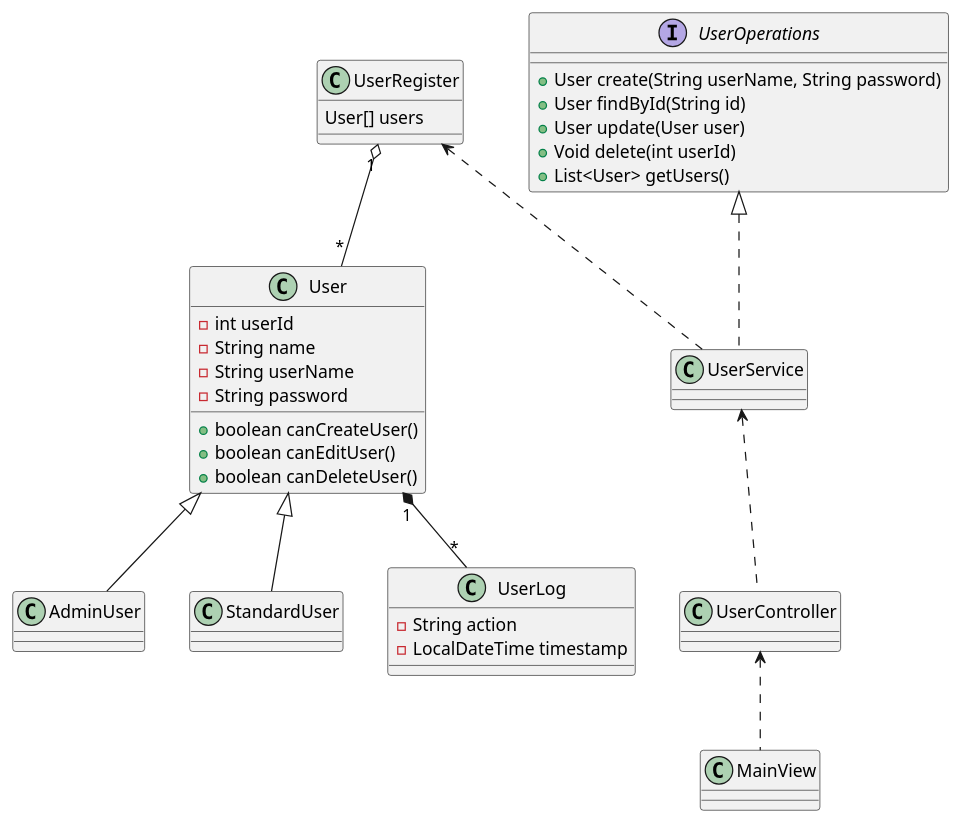
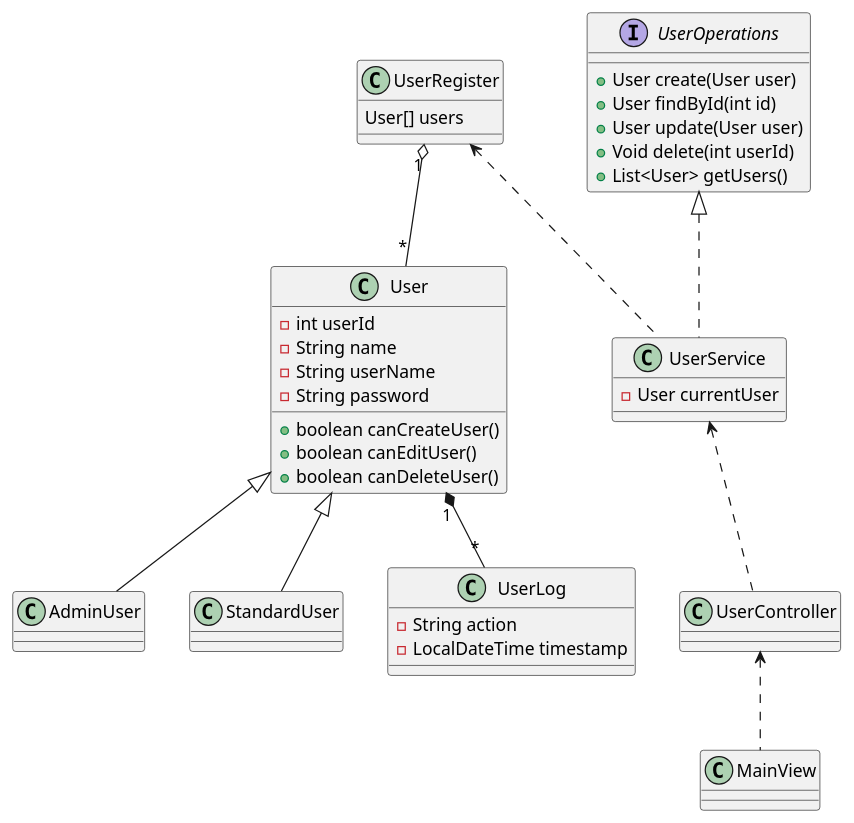
The diagram in src/uml/diagram.plantuml (olarte91/sistema-gestion-clientes), drawn with PlantUML before and after one commit. The commit also changed 12 other files, not shown here.

```diff
--- a/src/uml/diagram.plantuml
+++ b/src/uml/diagram.plantuml
@@ -1,56 +1,53 @@
 @startuml Diagrama de clases
 
 class User{
     - int userId
     - String name
     - String userName
     - String password
     + boolean canCreateUser()
     + boolean canEditUser()
     + boolean canDeleteUser()
 }
 
 interface UserOperations{
-    +User create(String userName, String password)
-    +User findById(String id)
+    +User create(User user)
+    +User findById(int id)
     +User update(User user)
     +Void delete(int userId)
     +List<User> getUsers()
 }
 
-class AdminUser{
-    
+class AdminUser{}   
+
+class StandardUser{}
+
+class UserService{
+    -User currentUser
 }
 
-class StandardUser{
-}
-
-class UserController{
-
-}
+class UserController{}
 
 class UserRegister{
     User[] users
 }
 
-class MainView{
-
-}
+class MainView{}
 
 class UserLog{
     -String action
     -LocalDateTime timestamp
 }
 
 
 
 User <|-- AdminUser
 User <|-- StandardUser
 UserService <.. UserController
 UserController <.. MainView
 UserRegister <.. UserService
 User "1" *-- "*" UserLog  
 UserOperations <|.. UserService
 UserRegister "1" o-- "*" User
 
 @enduml
```
